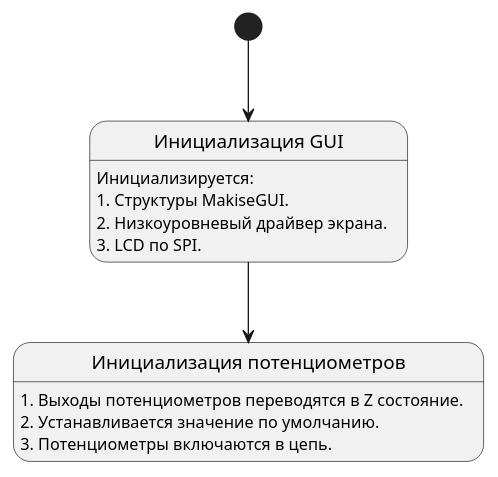
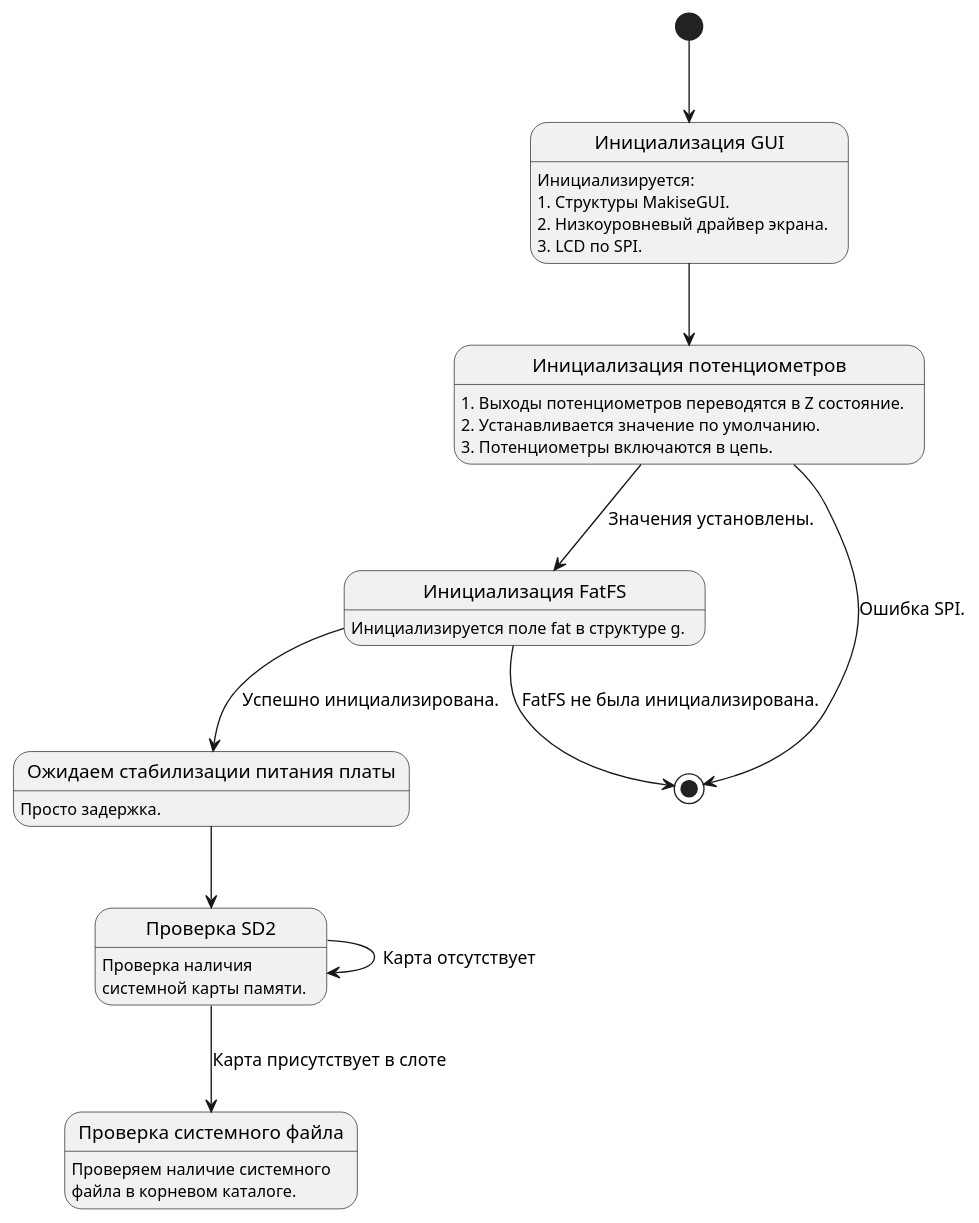
The diagram in user_code/core/ayplayer_fsm_true_plantuml.pu (Vadimatorik/ChiptunePlayer-2.22), drawn with PlantUML before and after one commit.

Commit message:
В UML отражено текущее положение дел.

```diff
--- a/user_code/core/ayplayer_fsm_true_plantuml.pu
+++ b/user_code/core/ayplayer_fsm_true_plantuml.pu
@@ -1,20 +1,49 @@
 @startuml
 
 [*] --> gui_init
 
 state "Инициализация GUI" as gui_init {
 gui_init : Инициализируется:
 gui_init : 1. Структуры MakiseGUI.
 gui_init : 2. Низкоуровневый драйвер экрана.
 gui_init : 3. LCD по SPI.
 }
 
 gui_init --> dp_init
 
 state "Инициализация потенциометров" as dp_init {
 dp_init : 1. Выходы потенциометров переводятся в Z состояние.
 dp_init : 2. Устанавливается значение по умолчанию.
 dp_init : 3. Потенциометры включаются в цепь.
 }
- 
+
+dp_init --> fat_init : Значения установлены.
+dp_init --> [*] : Ошибка SPI.
+
+state "Инициализация FatFS" as fat_init {
+fat_init : Инициализируется поле fat в структуре g.
+}
+
+fat_init --> waiting_for_food_stabilization : Успешно инициализирована.
+fat_init --> [*] : FatFS не была инициализирована.
+
+state "Ожидаем стабилизации питания платы" as waiting_for_food_stabilization {
+waiting_for_food_stabilization : Просто задержка.
+}
+
+waiting_for_food_stabilization --> sd2_chack
+
+state "Проверка SD2" as sd2_chack {
+sd2_chack : Проверка наличия 
+sd2_chack : системной карты памяти.
+}
+
+sd2_chack --> sd2_chack : Карта отсутствует
+sd2_chack --> step_sd2_track_file_open : Карта присутствует в слоте
+
+state "Проверка системного файла" as step_sd2_track_file_open {
+step_sd2_track_file_open : Проверяем наличие системного 
+step_sd2_track_file_open : файла в корневом каталоге.
+}
+
 @enduml
```
